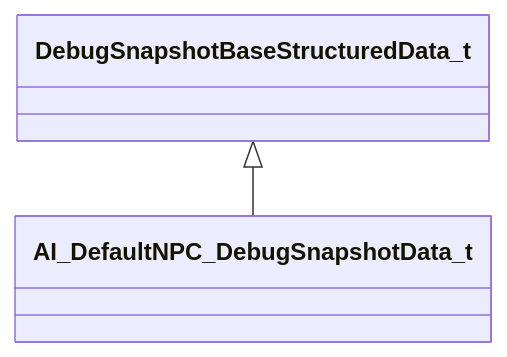
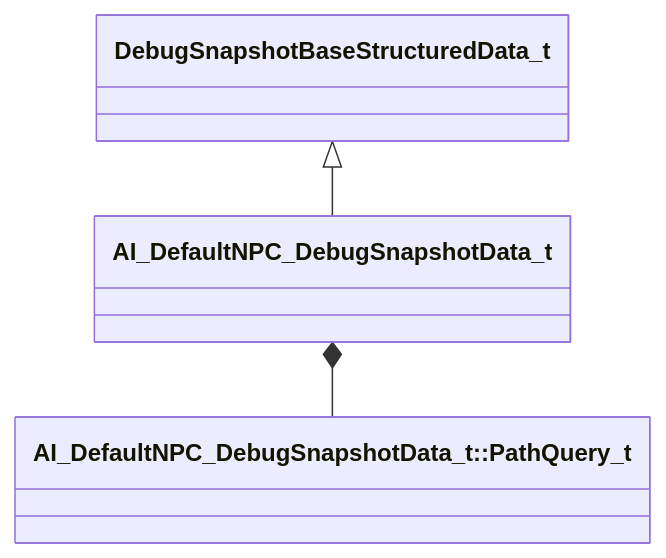
One commit to CS2OpenDev/CS2OpenDev-Docs changed the diagram in docs/generated/schemas/server/AI_DefaultNPC_DebugSnapshotData_t.md. Above: the diagram before and after it, drawn with Mermaid. The commit also changed other lines of this file and 4525 other files, not shown here.

````diff
--- a/docs/generated/schemas/server/AI_DefaultNPC_DebugSnapshotData_t.md
+++ b/docs/generated/schemas/server/AI_DefaultNPC_DebugSnapshotData_t.md
@@ -19,4 +21,5 @@
 ```mermaid
 classDiagram
     DebugSnapshotBaseStructuredData_t <|-- AI_DefaultNPC_DebugSnapshotData_t
+    AI_DefaultNPC_DebugSnapshotData_t *-- `AI_DefaultNPC_DebugSnapshotData_t::PathQuery_t`
 ```
````
